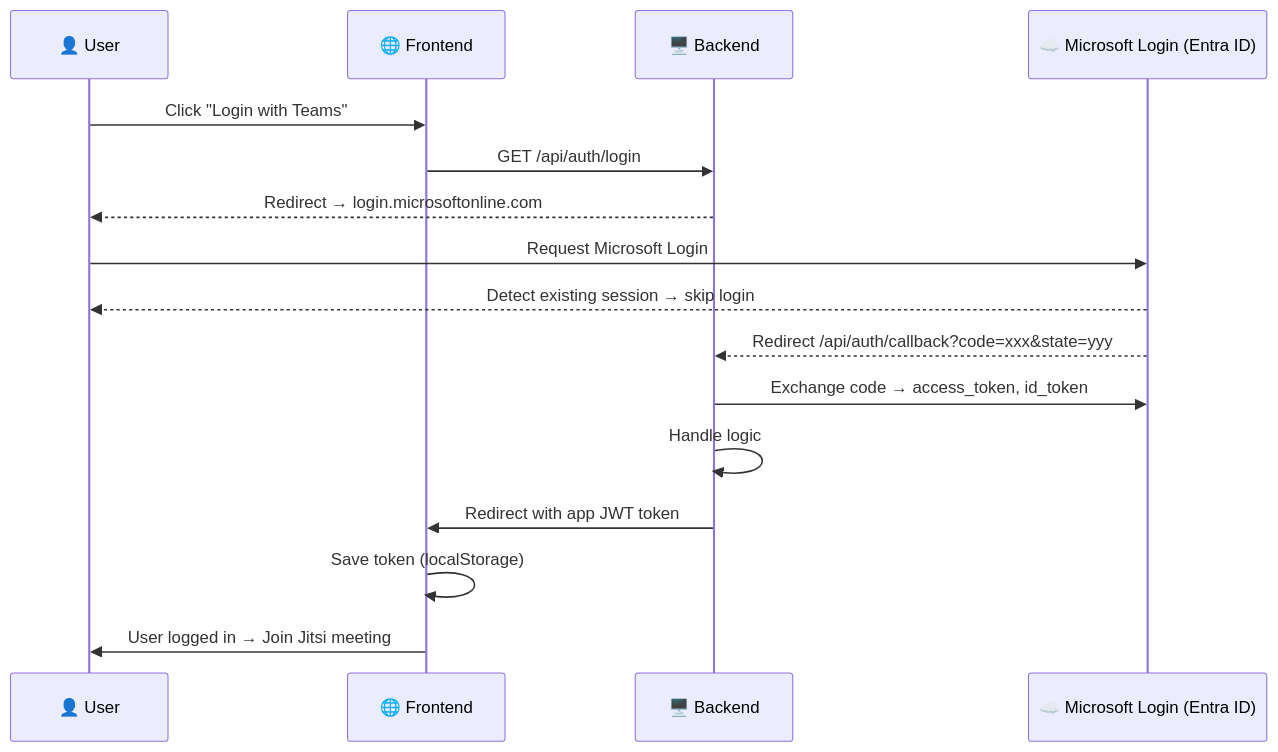
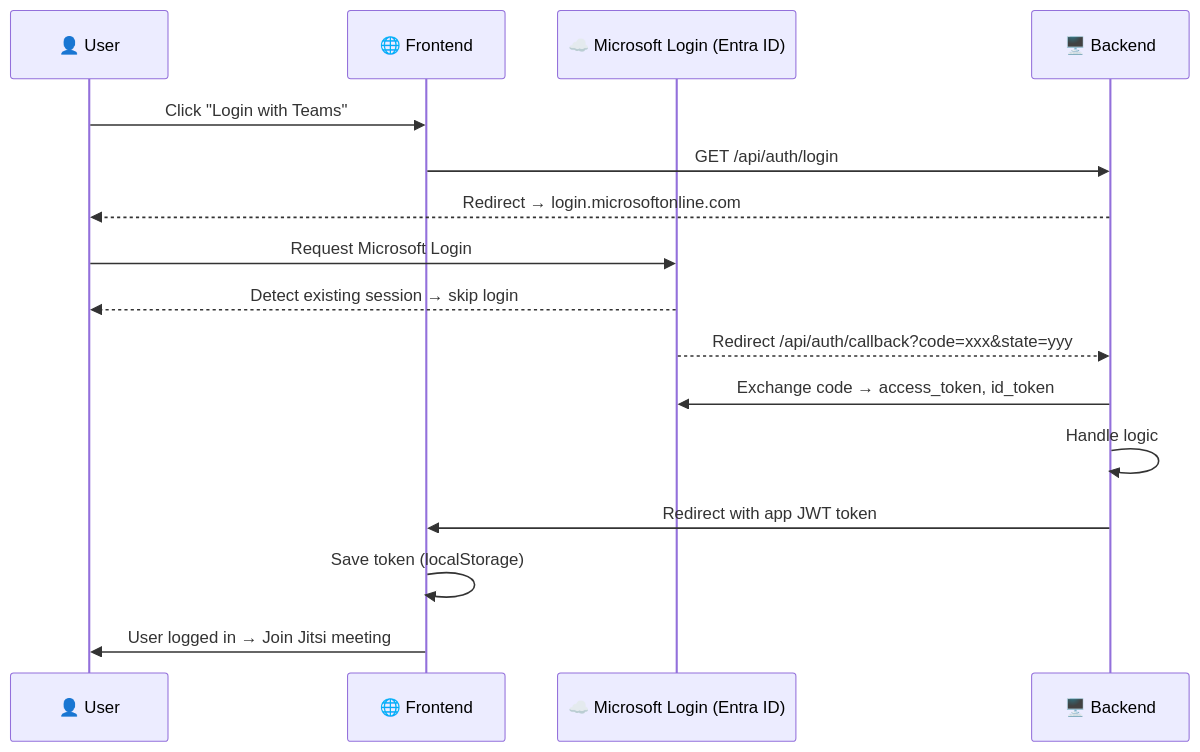
Before and after one commit to pnam16/foam: the first of 2 diagrams in projects/GEM/video-conference/auth-flow.md, drawn with Mermaid. The commit also changed other lines of this file, not shown here.

````diff
--- a/projects/GEM/video-conference/auth-flow.md
+++ b/projects/GEM/video-conference/auth-flow.md
@@ -36,19 +36,19 @@
 ```mermaid
 sequenceDiagram
   participant U as 👤 User
   participant F as 🌐 Frontend
+  participant M as ☁️ Microsoft Login (Entra ID)
   participant B as 🖥️ Backend
-  participant M as ☁️ Microsoft Login (Entra ID)
 
   U->>F: Click "Login with Teams"
   F->>B: GET /api/auth/login
   B-->>U: Redirect → login.microsoftonline.com
   U->>M: Request Microsoft Login
   M-->>U: Detect existing session → skip login
   M-->>B: Redirect /api/auth/callback?code=xxx&state=yyy
   B->>M: Exchange code → access_token, id_token
   B->>B: Handle logic
   B->>F: Redirect with app JWT token
   F->>F: Save token (localStorage)
   F->>U: User logged in → Join Jitsi meeting
 ```
````
